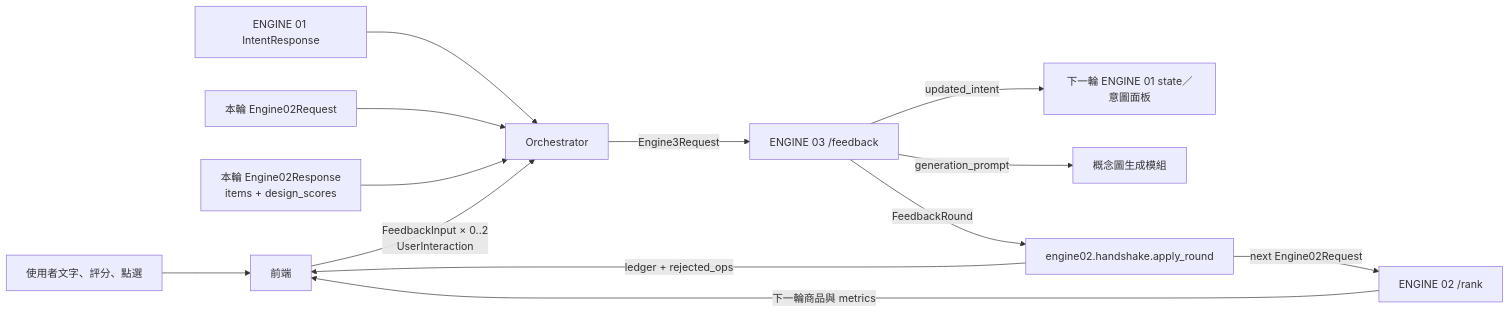
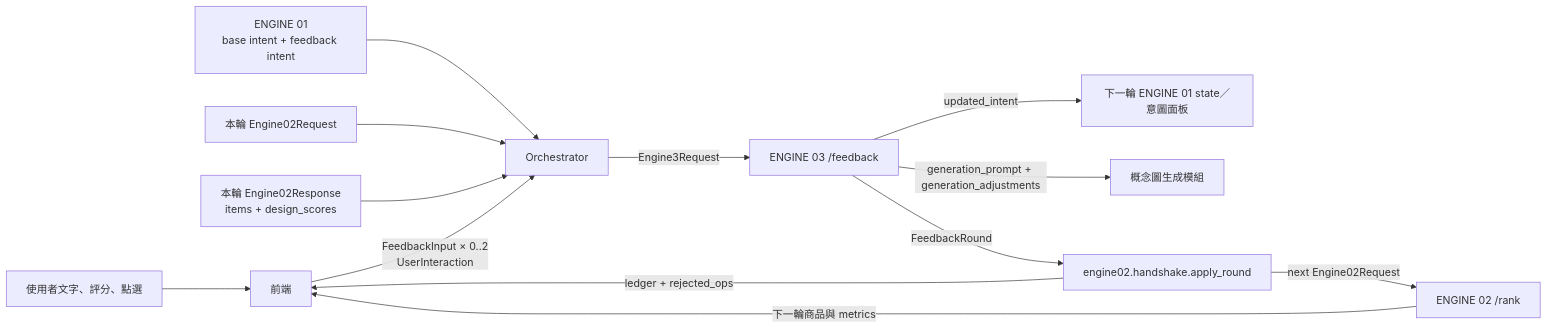
One commit to chrislaiisme/mchackathon2026 changed the diagram in backend/engine03_feedback/README.md. Above: the diagram before and after it, drawn with Mermaid. The commit also changed other lines of this file and 4 other files, not shown here.

Commit message:
feat: separate engine3 recommendation and generation feedback

````diff
--- a/backend/engine03_feedback/README.md
+++ b/backend/engine03_feedback/README.md
@@ -7,15 +7,15 @@
 ```mermaid
 flowchart LR
     U[使用者文字、評分、點選] --> FE[前端]
-    E1[ENGINE 01 IntentResponse] --> ORCH[Orchestrator]
+    E1[ENGINE 01<br/>base intent + feedback intent] --> ORCH[Orchestrator]
     E2R[本輪 Engine02Request] --> ORCH
     E2O[本輪 Engine02Response<br/>items + design_scores] --> ORCH
     FE -->|FeedbackInput × 0..2<br/>UserInteraction| ORCH
     ORCH -->|Engine3Request| E3[ENGINE 03 /feedback]
     E3 -->|updated_intent| E1S[下一輪 ENGINE 01 state／意圖面板]
-    E3 -->|generation_prompt| GEN[概念圖生成模組]
+    E3 -->|generation_prompt + generation_adjustments| GEN[概念圖生成模組]
     E3 -->|FeedbackRound| HS[engine02.handshake.apply_round]
     HS -->|next Engine02Request| E2[ENGINE 02 /rank]
     HS -->|ledger + rejected_ops| FE
     E2 -->|下一輪商品與 metrics| FE
 ```
````
